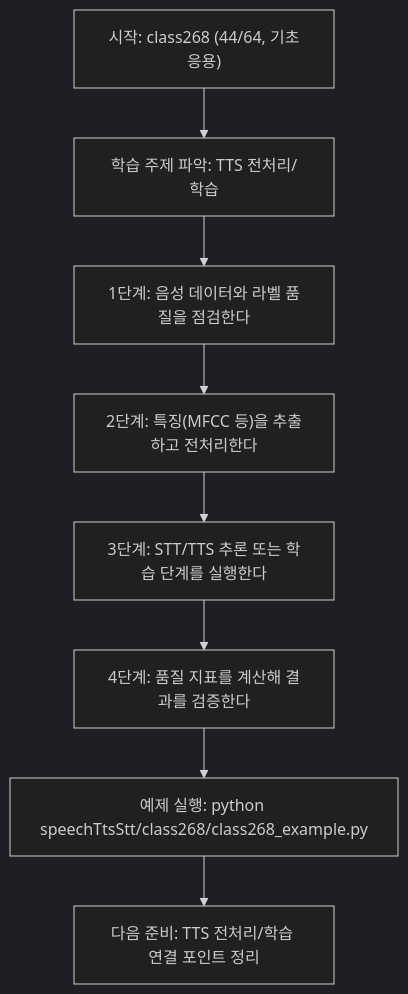
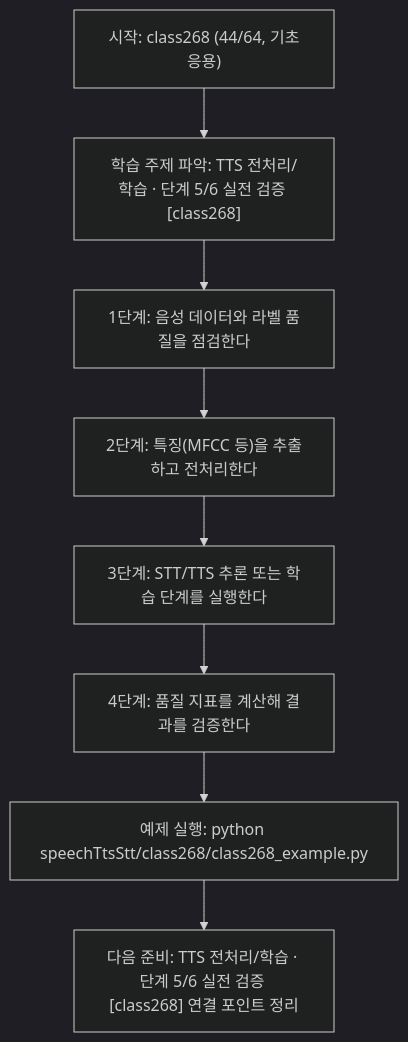
One commit to edumgt/Python-AI_Agent-Class changed the diagram in speechTtsStt/class268/class268.md. Above: the diagram before and after it, drawn with Mermaid (dark theme). The commit also changed other lines of this file and 522 other files, not shown here.

````diff
--- a/speechTtsStt/class268/class268.md
+++ b/speechTtsStt/class268/class268.md
@@ -113,18 +114,18 @@
 ```mermaid
 flowchart TD
 N1["시작: class268 (44/64, 기초응용)"]
-N2["학습 주제 파악: TTS 전처리/학습"]
+N2["학습 주제 파악: TTS 전처리/학습 · 단계 5/6 실전 검증 [class268]"]
 N3["1단계: 음성 데이터와 라벨 품질을 점검한다"]
 N4["2단계: 특징(MFCC 등)을 추출하고 전처리한다"]
 N5["3단계: STT/TTS 추론 또는 학습 단계를 실행한다"]
 N6["4단계: 품질 지표를 계산해 결과를 검증한다"]
 N7["예제 실행: python speechTtsStt/class268/class268_example.py"]
-N8["다음 준비: TTS 전처리/학습 연결 포인트 정리"]
+N8["다음 준비: TTS 전처리/학습 · 단계 5/6 실전 검증 [class268] 연결 포인트 정리"]
 N1 --> N2
 N2 --> N3
 N3 --> N4
 N4 --> N5
 N5 --> N6
 N6 --> N7
 N7 --> N8
 ```
````
